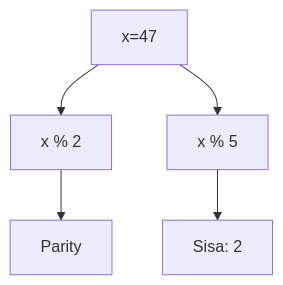
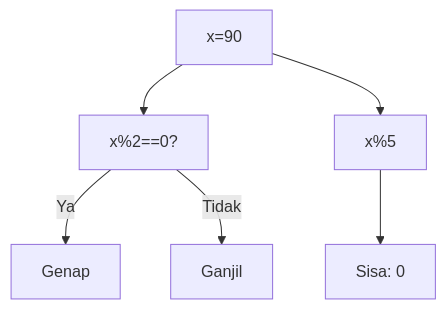
The fourth of 25 diagrams in part-c-pemahaman-cpp/06-bitwise/latihan/set-04.md (amnahwaida/OSNK_INF_PREP), drawn with Mermaid before and after one commit. The commit also changed other lines of this file and 71 other files, not shown here.

Commit message:
Fixed Mermaid syntax lexical errors with quoted labels in 1,800 questions

````diff
--- a/part-c-pemahaman-cpp/06-bitwise/latihan/set-04.md
+++ b/part-c-pemahaman-cpp/06-bitwise/latihan/set-04.md
@@ -145,7 +112,8 @@
 ```mermaid
 graph TD
-A[x=47] --> B[x % 2]
-B --> C[Parity]
-A --> D[x % 5]
-D --> E[Sisa: 2]
+A["x=90"] --> B["x%2==0?"]
+B -- Ya --> C["Genap"]
+B -- Tidak --> D["Ganjil"]
+A --> E["x%5"]
+E --> F["Sisa: 0"]
 ```
````
